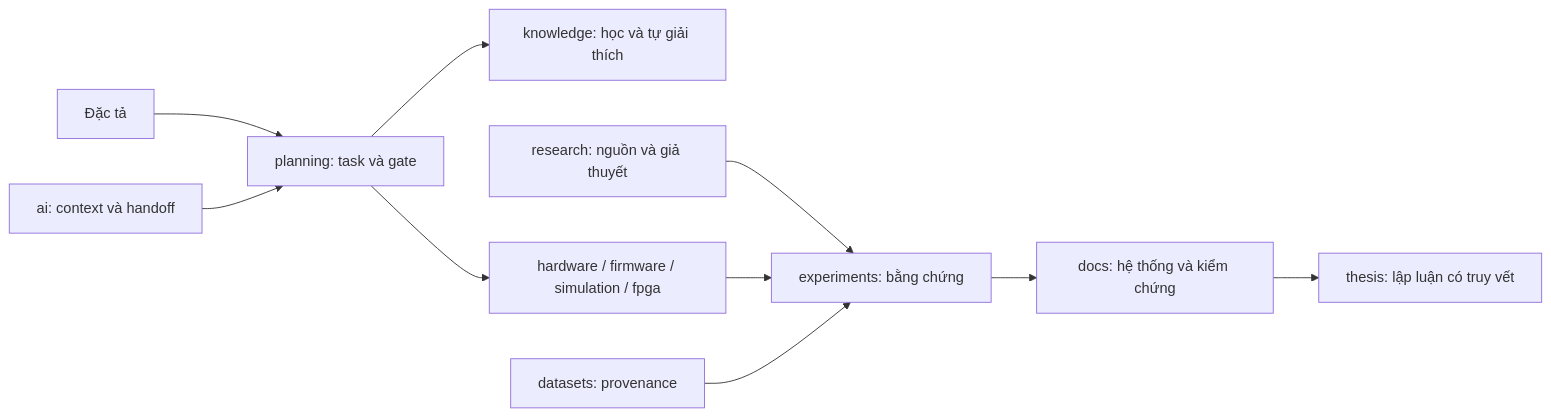
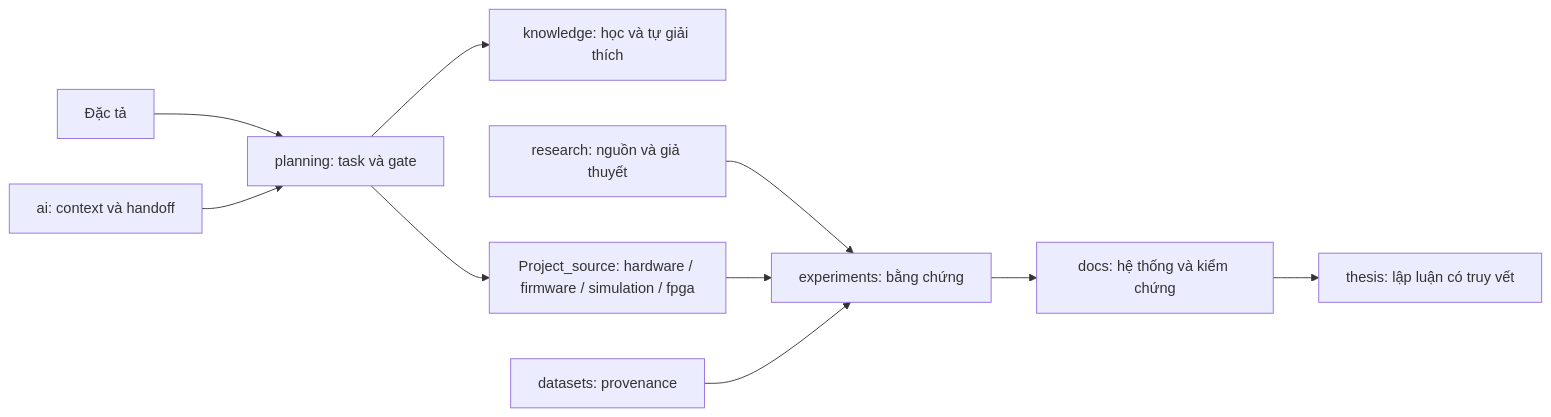
One commit to Minhh17/HaiMinh_Master_Thesis changed the diagram in README.md. Above: the diagram before and after it, drawn with Mermaid. The commit also changed other lines of this file and 21 other files, not shown here.

````diff
--- a/README.md
+++ b/README.md
@@ -39,12 +16,12 @@
 ```mermaid
 flowchart LR
   REQ[Đặc tả] --> PLAN[planning: task và gate]
   PLAN --> KNOW[knowledge: học và tự giải thích]
-  PLAN --> ENG[hardware / firmware / simulation / fpga]
+  PLAN --> ENG[Project_source: hardware / firmware / simulation / fpga]
   RESEARCH[research: nguồn và giả thuyết] --> EXP[experiments: bằng chứng]
   ENG --> EXP
   DATA[datasets: provenance] --> EXP
   EXP --> DOCS[docs: hệ thống và kiểm chứng]
   DOCS --> THESIS[thesis: lập luận có truy vết]
   AI[ai: context và handoff] --> PLAN
 ```
````
